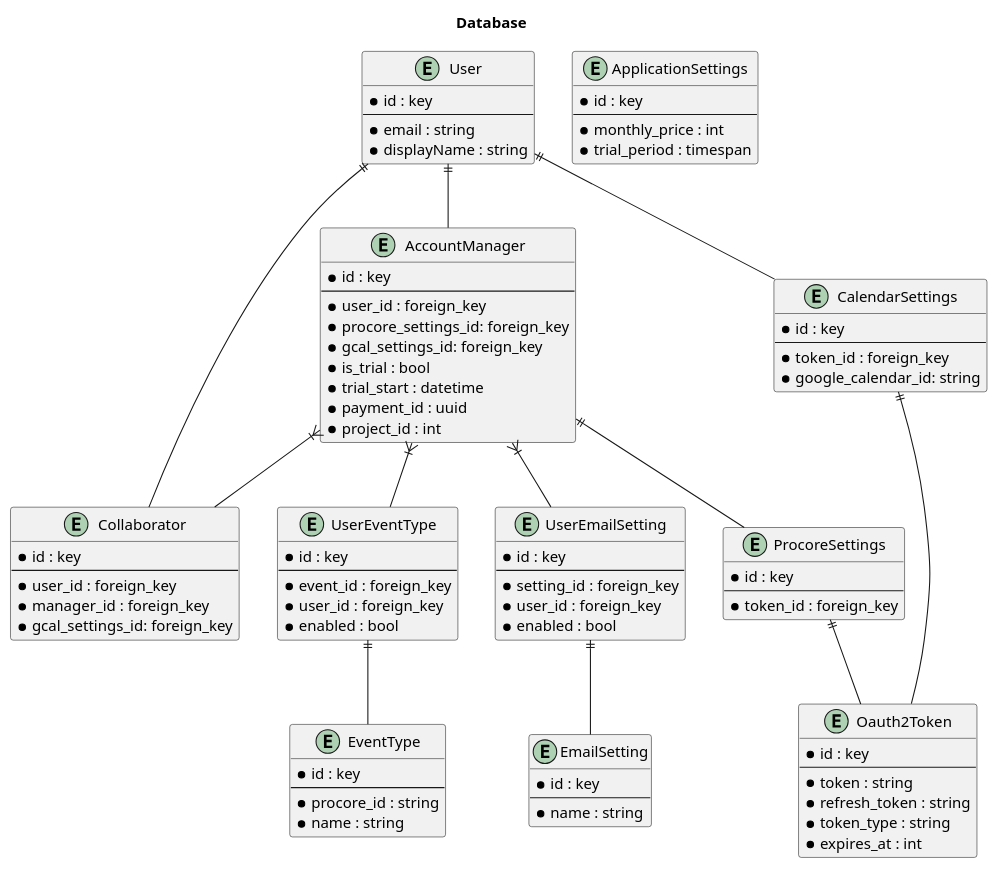
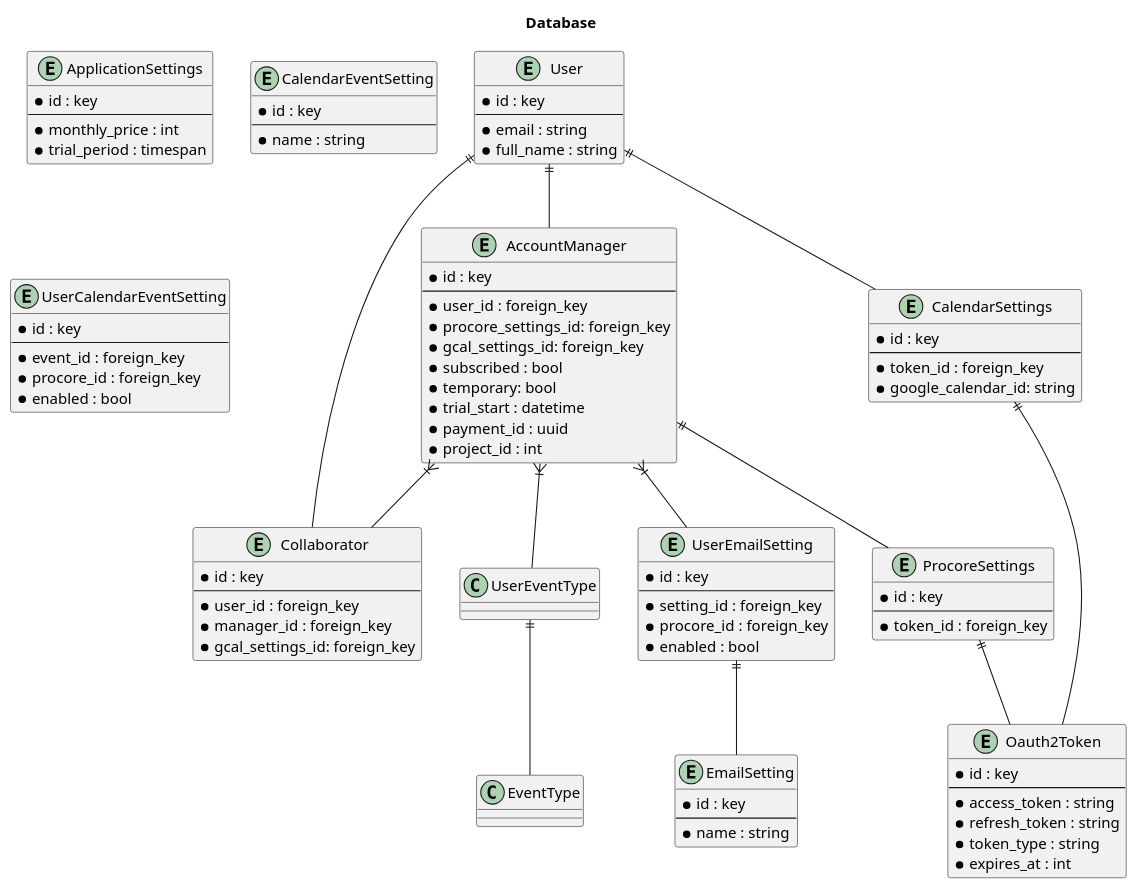
The diagram in diagrams/database.wsd (adhurjaty/procore-gcal), drawn with PlantUML before and after one commit. The commit also changed 2 other files, not shown here.

```diff
--- a/diagrams/database.wsd
+++ b/diagrams/database.wsd
@@ -1,101 +1,101 @@
 @startuml
 title Database
 
 entity User {
     * id : key
     ---
     * email : string
-    * displayName : string
+    * full_name : string
 }
 
 entity Oauth2Token {
     * id : key
     ---
-    * token : string
+    * access_token : string
     * refresh_token : string
     * token_type : string
     * expires_at : int
 }
 
 entity AccountManager {
     * id : key
     ---
     * user_id : foreign_key
     * procore_settings_id: foreign_key
     * gcal_settings_id: foreign_key
-    * is_trial : bool
+    * subscribed : bool
+    * temporary: bool
     * trial_start : datetime
     * payment_id : uuid
     * project_id : int
 }
 
 entity Collaborator {
     * id : key
     ---
     * user_id : foreign_key
     * manager_id : foreign_key
     * gcal_settings_id: foreign_key
 }
 
 entity ProcoreSettings {
     * id : key
     ---
     * token_id : foreign_key
 }
 
 entity CalendarSettings {
     * id : key
     ---
     * token_id : foreign_key
     * google_calendar_id: string
 }
 
 entity ApplicationSettings {
     * id : key
     ---
     * monthly_price : int
     * trial_period : timespan
 }
 
 entity EmailSetting {
     * id : key
     ---
     * name : string
 }
 
-entity EventType {
+entity CalendarEventSetting {
     * id : key
     ---
-    * procore_id : string
     * name : string
 }
 
 entity UserEmailSetting {
     * id : key
     ---
     * setting_id : foreign_key
-    * user_id : foreign_key
+    * procore_id : foreign_key
     * enabled : bool
 }
 
-entity UserEventType {
+entity UserCalendarEventSetting {
     * id : key
     ---
     * event_id : foreign_key
-    * user_id : foreign_key
+    * procore_id : foreign_key
     * enabled : bool
 }
 
 AccountManager ||-- ProcoreSettings
 User ||-- AccountManager
 User ||-- CalendarSettings
 User ||-- Collaborator
 AccountManager }|-- Collaborator
 ProcoreSettings ||-- Oauth2Token
 CalendarSettings ||-- Oauth2Token
 AccountManager }|-- UserEmailSetting
 AccountManager }|-- UserEventType
 UserEventType ||-- EventType
 UserEmailSetting ||-- EmailSetting
 
 @enduml
```
